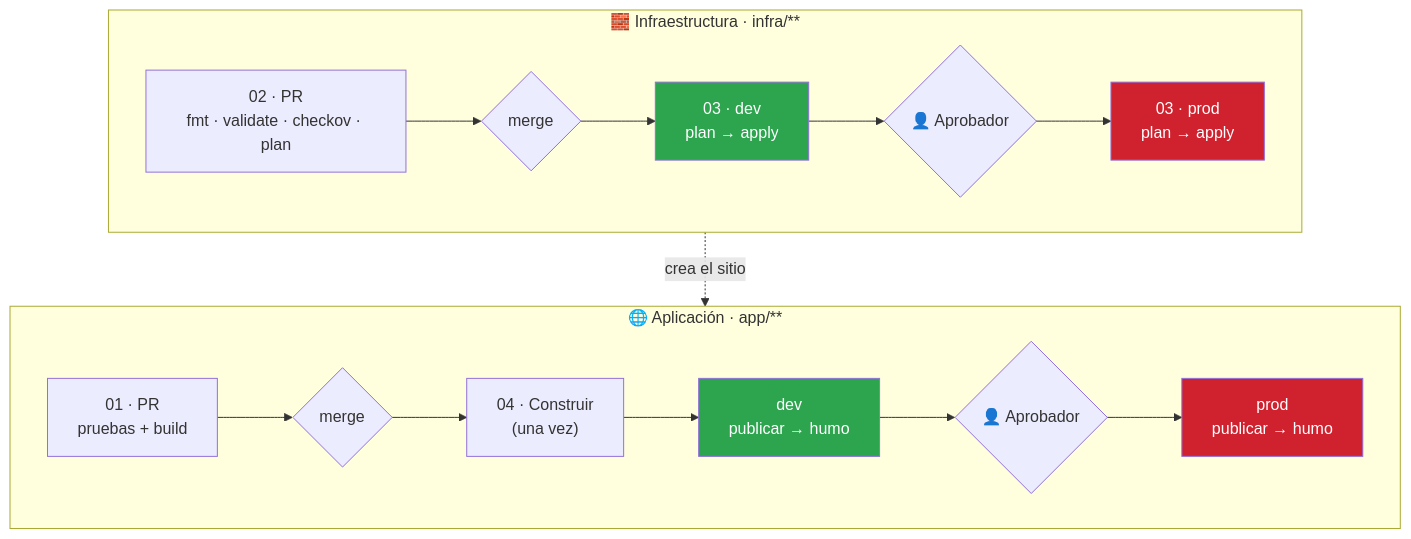
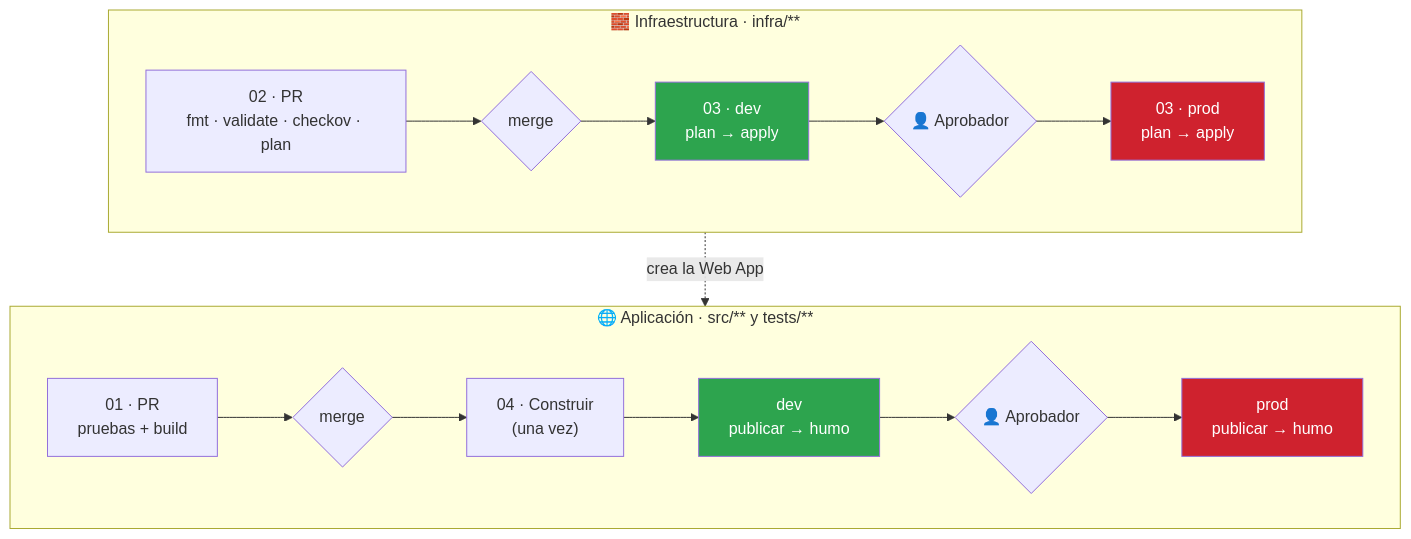
One commit to JordanReyesLeger/github-workflows-workshop-azure-ci-cd-enterprise changed the first of 2 diagrams in README.md. Above: the diagram before and after it, drawn with Mermaid. The commit also changed other lines of this file and 39 other files, not shown here.

````diff
--- a/README.md
+++ b/README.md
@@ -74,23 +74,23 @@
 ```mermaid
 flowchart TB
     subgraph INFRA["🧱 Infraestructura · infra/**"]
       direction LR
       I1["02 · PR<br/>fmt · validate · checkov · plan"] --> I2{"merge"}
       I2 --> I3["03 · dev<br/>plan → apply"]
       I3 --> I4{"👤 Aprobador"}
       I4 --> I5["03 · prod<br/>plan → apply"]
     end
-    subgraph APP["🌐 Aplicación · app/**"]
+    subgraph APP["🌐 Aplicación · src/** y tests/**"]
       direction LR
       A1["01 · PR<br/>pruebas + build"] --> A2{"merge"}
       A2 --> A3["04 · Construir<br/>(una vez)"]
       A3 --> A4["dev<br/>publicar → humo"]
       A4 --> A5{"👤 Aprobador"}
       A5 --> A6["prod<br/>publicar → humo"]
     end
-    INFRA -. "crea el sitio" .-> APP
+    INFRA -. "crea la Web App" .-> APP
     style I3 fill:#2DA44E,color:#fff
     style I5 fill:#CF222E,color:#fff
     style A4 fill:#2DA44E,color:#fff
     style A6 fill:#CF222E,color:#fff
 ```
````
